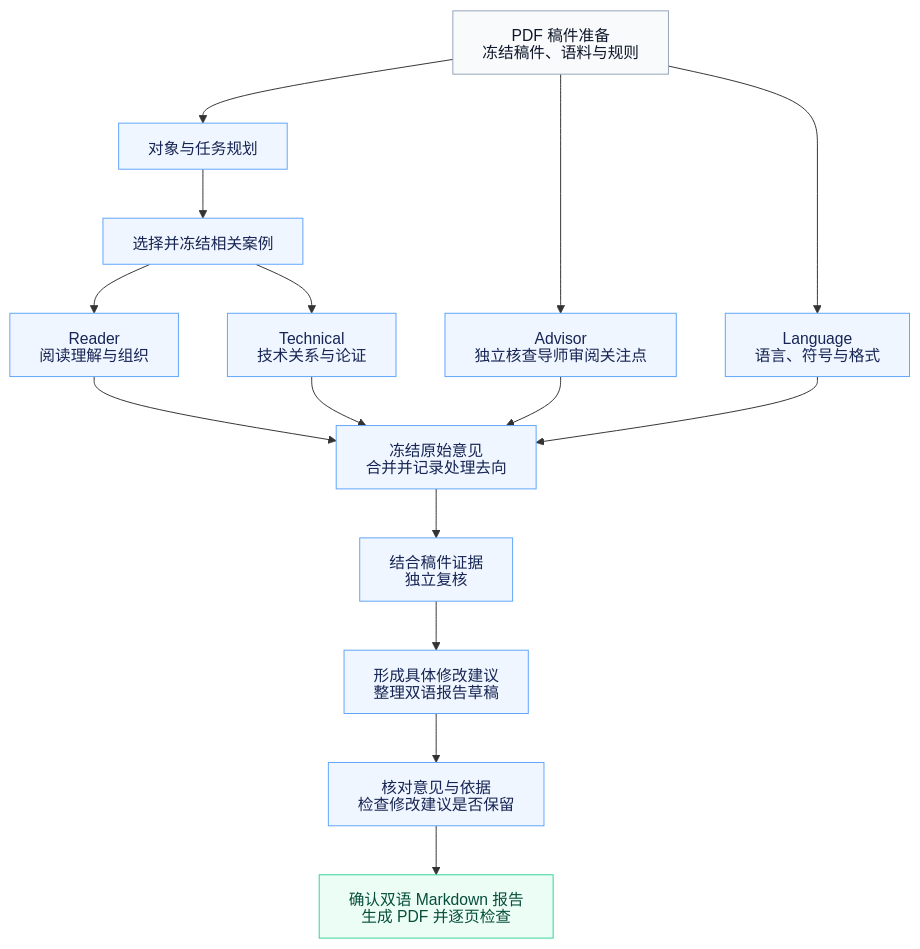
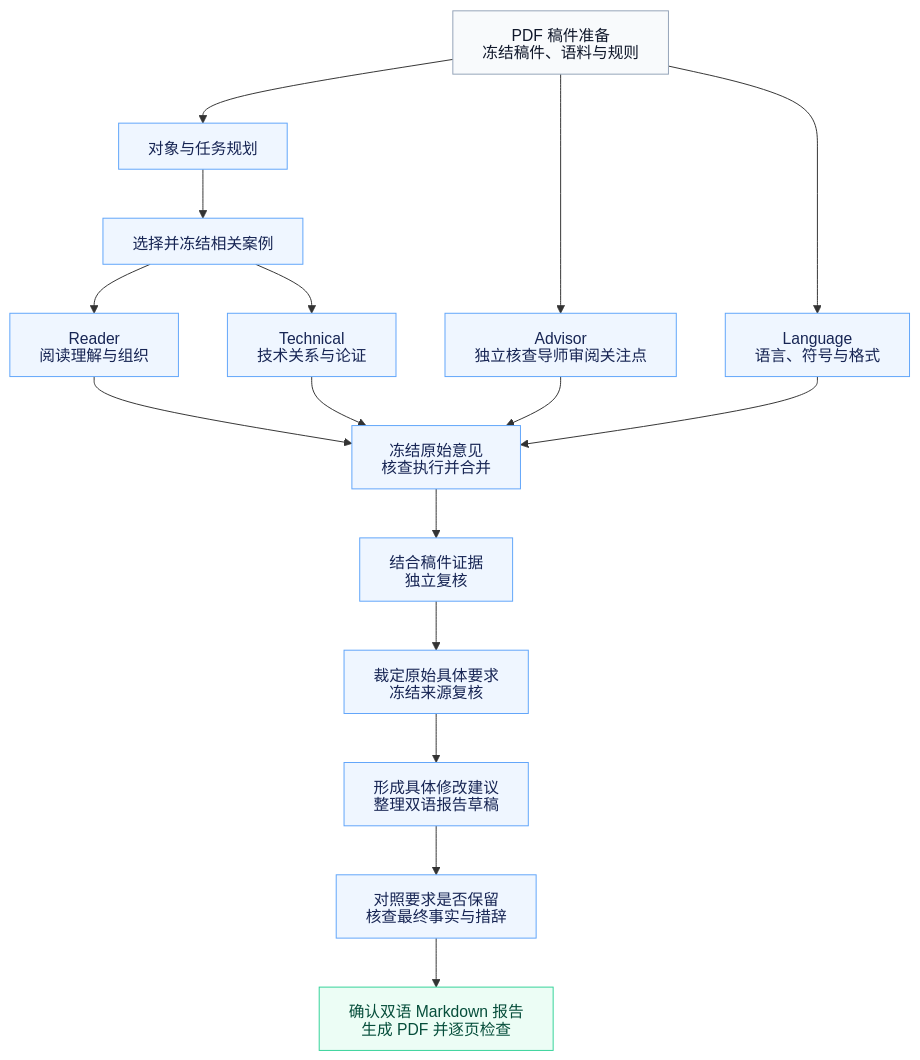
One commit to stevenyyzhang/MentorTrace changed the diagram in README.zh-CN.md. Above: the diagram before and after it, drawn with Mermaid. The commit also changed other lines of this file and 31 other files, not shown here.

````diff
--- a/README.zh-CN.md
+++ b/README.zh-CN.md
@@ -48,39 +50,40 @@
 ```mermaid
 ---
 config:
   htmlLabels: false
   flowchart:
     htmlLabels: false
 ---
 flowchart TB
     F["PDF 稿件准备<br/>冻结稿件、语料与规则"]
     O["对象与任务规划"]
     C["选择并冻结相关案例"]
     R["Reader<br/>阅读理解与组织"]
     T["Technical<br/>技术关系与论证"]
     A["Advisor<br/>独立核查导师审阅关注点"]
     L["Language<br/>语言、符号与格式"]
-    M["冻结原始意见<br/>合并并记录处理去向"]
+    M["冻结原始意见<br/>核查执行并合并"]
     V["结合稿件证据<br/>独立复核"]
+    Q["裁定原始具体要求<br/>冻结来源复核"]
     D["形成具体修改建议<br/>整理双语报告草稿"]
-    B["核对意见与依据<br/>检查修改建议是否保留"]
+    B["对照要求是否保留<br/>核查最终事实与措辞"]
     OUT["确认双语 Markdown 报告<br/>生成 PDF 并逐页检查"]
 
     F --> O --> C
     C --> R
     C --> T
     F ----> A
     F ----> L
     R --> M
     T --> M
     A --> M
     L --> M
-    M --> V --> D --> B --> OUT
+    M --> V --> Q --> D --> B --> OUT
 
     classDef input fill:#f8fafc,stroke:#94a3b8,color:#0f172a;
     classDef review fill:#eff6ff,stroke:#60a5fa,color:#172554;
     classDef output fill:#ecfdf5,stroke:#34d399,color:#064e3b;
     class F input;
-    class O,C,R,T,A,L,M,V,D,B review;
+    class O,C,R,T,A,L,M,V,Q,D,B review;
     class OUT output;
 ```
````
